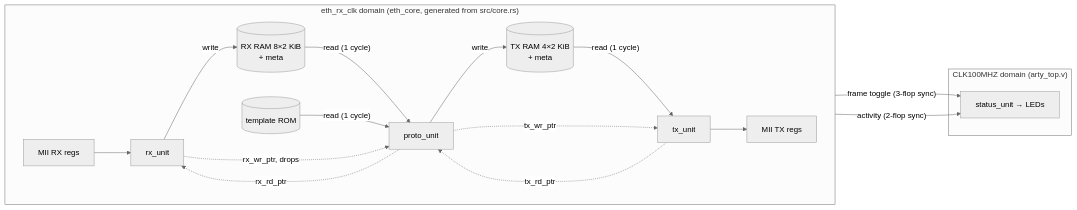
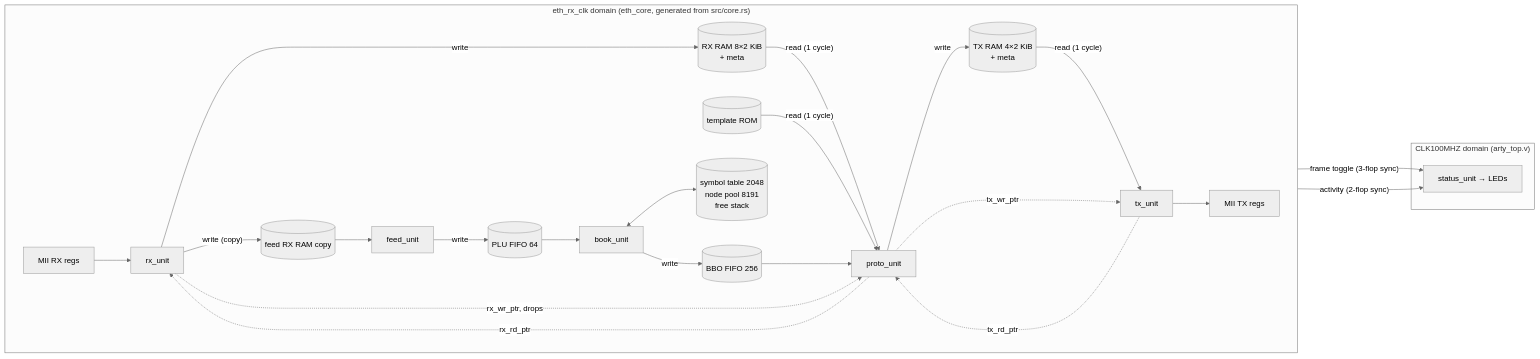
Before and after one commit to hbina/arty_ethernet: the diagram in bitlogic_ethernet/README.md, drawn with Mermaid (neutral theme). The commit also changed other lines of this file and 19 other files, not shown here.

First line of the commit message:
Add an IEX DEEP feed handler with an order book and BBO output

````diff
--- a/bitlogic_ethernet/README.md
+++ b/bitlogic_ethernet/README.md
@@ -38,22 +47,29 @@
 ```mermaid
 flowchart LR
     subgraph eth["eth_rx_clk domain (eth_core, generated from src/core.rs)"]
         direction LR
         miiin["MII RX regs"] --> rx["rx_unit"]
         rx -- "write" --> rxram[("RX RAM 8×2 KiB<br/>+ meta")]
         rxram -- "read (1 cycle)" --> proto["proto_unit"]
         rom[("template ROM")] -- "read (1 cycle)" --> proto
+        rx -- "write (copy)" --> feedram[("feed RX RAM copy")]
+        feedram --> feed["feed_unit"]
+        feed -- "write" --> plufifo[("PLU FIFO 64")]
+        plufifo --> book["book_unit"]
+        book <--> bookram[("symbol table 2048<br/>node pool 8191<br/>free stack")]
+        book -- "write" --> bbofifo[("BBO FIFO 256")]
+        bbofifo --> proto
         proto -- "write" --> txram[("TX RAM 4×2 KiB<br/>+ meta")]
         txram -- "read (1 cycle)" --> tx["tx_unit"]
         tx --> miiout["MII TX regs"]
         proto -. "rx_rd_ptr" .-> rx
         rx -. "rx_wr_ptr, drops" .-> proto
         tx -. "tx_rd_ptr" .-> proto
         proto -. "tx_wr_ptr" .-> tx
     end
     subgraph sys["CLK100MHZ domain (arty_top.v)"]
         status["status_unit → LEDs"]
     end
     tx -- "frame toggle (3-flop sync)" --> status
     miiin -- "activity (2-flop sync)" --> status
 ```
````
